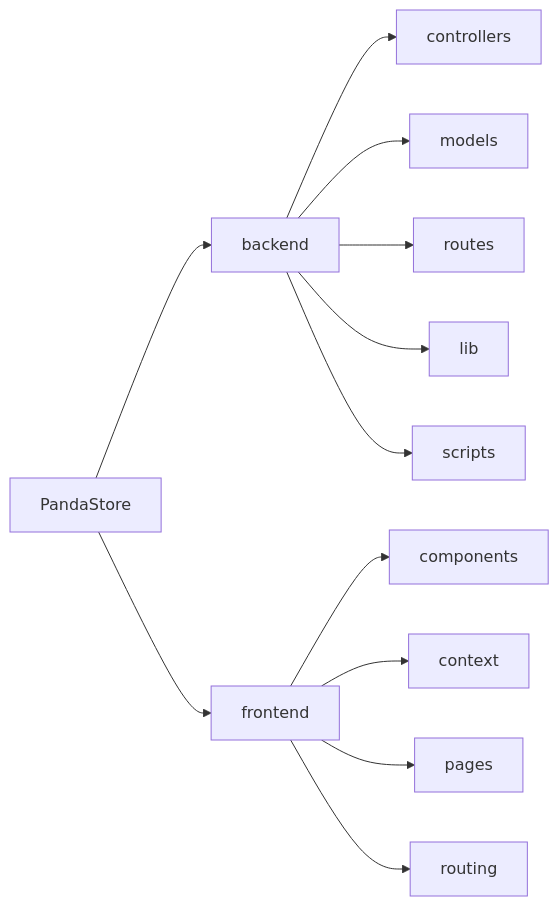
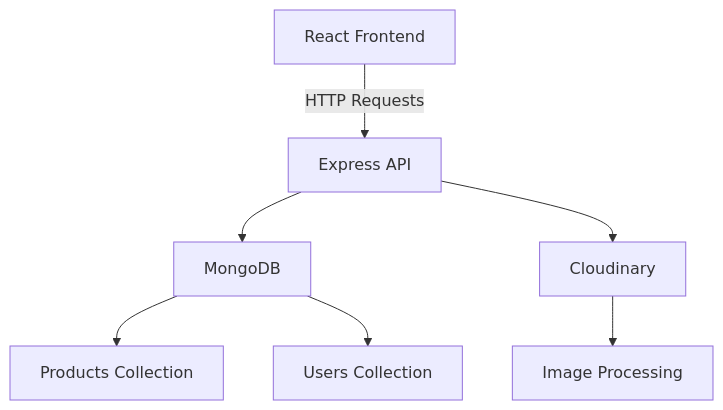
Before and after one commit to abdessamad10bouih/PandaStore: the diagram in README.md, drawn with Mermaid. The commit also changed other lines of this file, not shown here.

````diff
--- a/README.md
+++ b/README.md
@@ -209,14 +135,9 @@
 ```mermaid
-graph LR
-A[PandaStore] --> B[backend]
-A --> C[frontend]
-B --> B1[controllers]
-B --> B2[models]
-B --> B3[routes]
-B --> B4[lib]
-B --> B5[scripts]
-C --> C1[components]
-C --> C2[context]
-C --> C3[pages]
-C --> C4[routing]
+graph TD
+    A[React Frontend] -->|HTTP Requests| B[Express API]
+    B --> C[MongoDB]
+    B --> D[Cloudinary]
+    C --> E[Products Collection]
+    C --> F[Users Collection]
+    D --> G[Image Processing]
 ```
````
